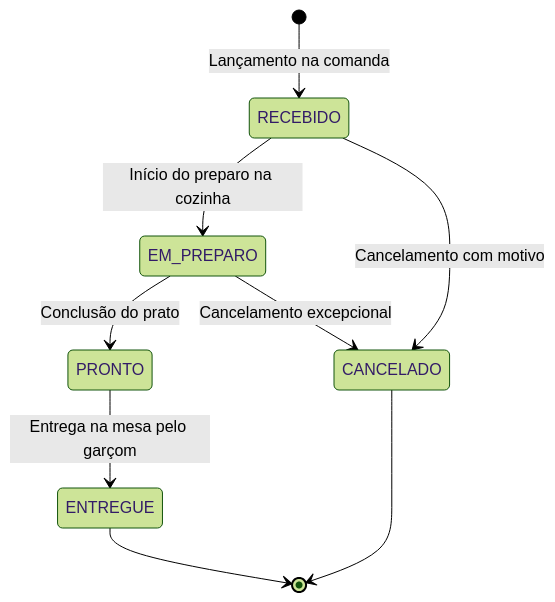
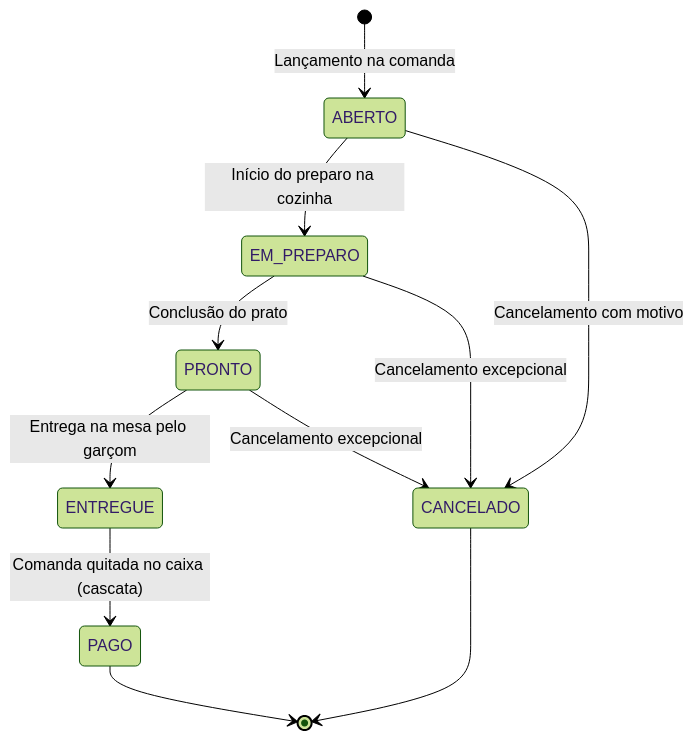
Before and after one commit to murilolol/spring: the fourth of 7 diagrams in docs/ARQUITETURA.md, drawn with Mermaid (forest theme). The commit also changed other lines of this file, not shown here.

First line of the commit message:
Extensao 07: completa diagramas de estado em ARQUITETURA.md

````diff
--- a/docs/ARQUITETURA.md
+++ b/docs/ARQUITETURA.md
@@ -142,13 +142,15 @@
 ```mermaid
 stateDiagram-v2
-    [*] --> RECEBIDO: Lançamento na comanda
-    RECEBIDO --> EM_PREPARO: Início do preparo na cozinha
+    [*] --> ABERTO: Lançamento na comanda
+    ABERTO --> EM_PREPARO: Início do preparo na cozinha
     EM_PREPARO --> PRONTO: Conclusão do prato
     PRONTO --> ENTREGUE: Entrega na mesa pelo garçom
-    
-    RECEBIDO --> CANCELADO: Cancelamento com motivo
+    ENTREGUE --> PAGO: Comanda quitada no caixa (cascata)
+
+    ABERTO --> CANCELADO: Cancelamento com motivo
     EM_PREPARO --> CANCELADO: Cancelamento excepcional
-    
-    ENTREGUE --> [*]
+    PRONTO --> CANCELADO: Cancelamento excepcional
+
+    PAGO --> [*]
     CANCELADO --> [*]
 ```
````
